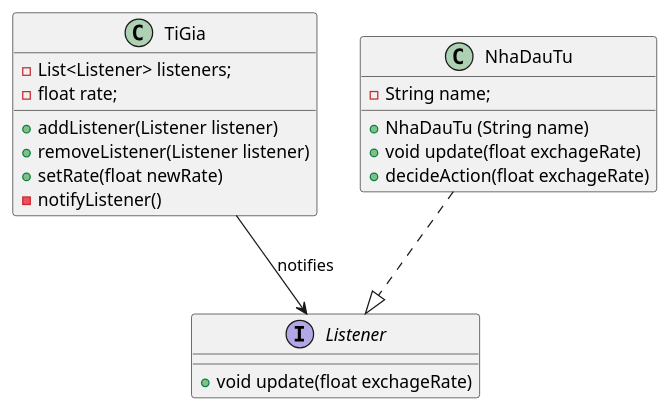
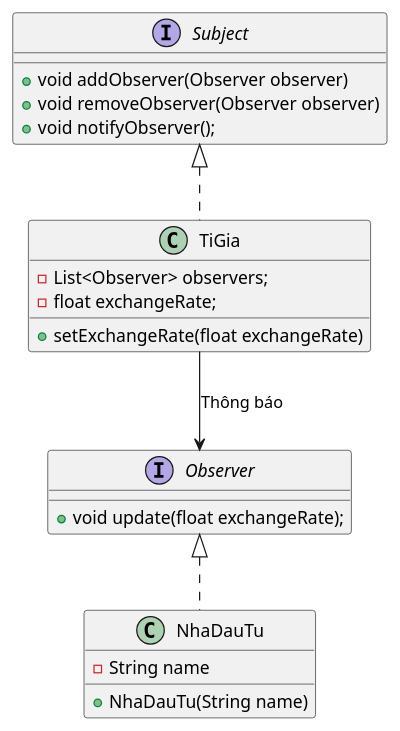
One commit to datx24/64130299_KienTrucVaThietKePhanMem changed the diagram in VD1_64130299/src/behavioral/observer/BTCA3/btca3_diagram.puml. Above: the diagram before and after it, drawn with PlantUML. The commit also changed 87 other files, not shown here.

```diff
--- a/VD1_64130299/src/behavioral/observer/BTCA3/btca3_diagram.puml
+++ b/VD1_64130299/src/behavioral/observer/BTCA3/btca3_diagram.puml
@@ -1,26 +1,28 @@
 @startuml
 'https://plantuml.com/class-diagram
-class TiGia {
-    - List<Listener> listeners;
-    - float rate;
-    + addListener(Listener listener)
-    + removeListener(Listener listener)
-    + setRate(float newRate)
-    - notifyListener()
+
+interface Observer{
+    + void update(float exchangeRate);
 }
 
-interface Listener {
-    + void update(float exchageRate)
+interface Subject{
+    + void addObserver(Observer observer)
+    + void removeObserver(Observer observer)
+    + void notifyObserver();
+}
+
+class TiGia {
+    - List<Observer> observers;
+    - float exchangeRate;
+    + setExchangeRate(float exchangeRate)
 }
 
 class NhaDauTu {
-    - String name;
-    + NhaDauTu (String name)
-    + void update(float exchageRate)
-    + decideAction(float exchageRate)
+    - String name
+    + NhaDauTu(String name)
 }
 
-NhaDauTu ..|> Listener
-TiGia --> Listener : notifies
-
+Observer <|.. NhaDauTu
+Subject <|.. TiGia
+TiGia --> Observer : Thông báo
 @enduml
```
